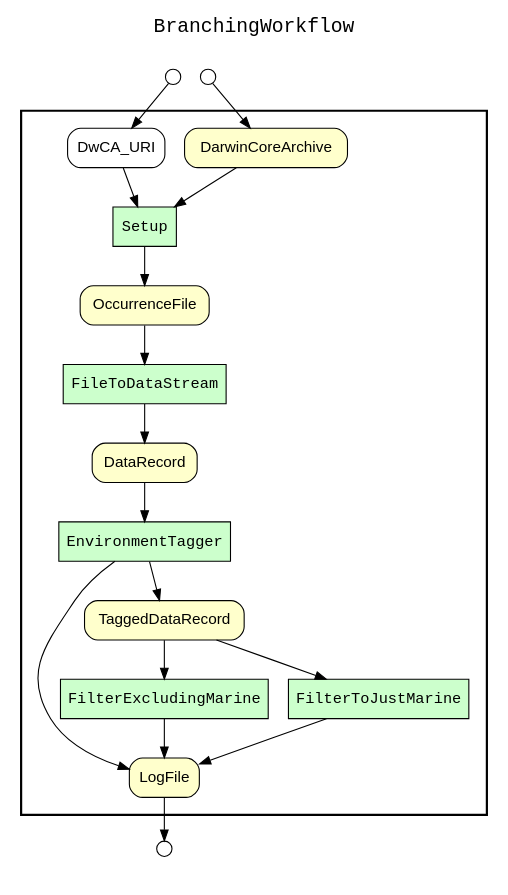
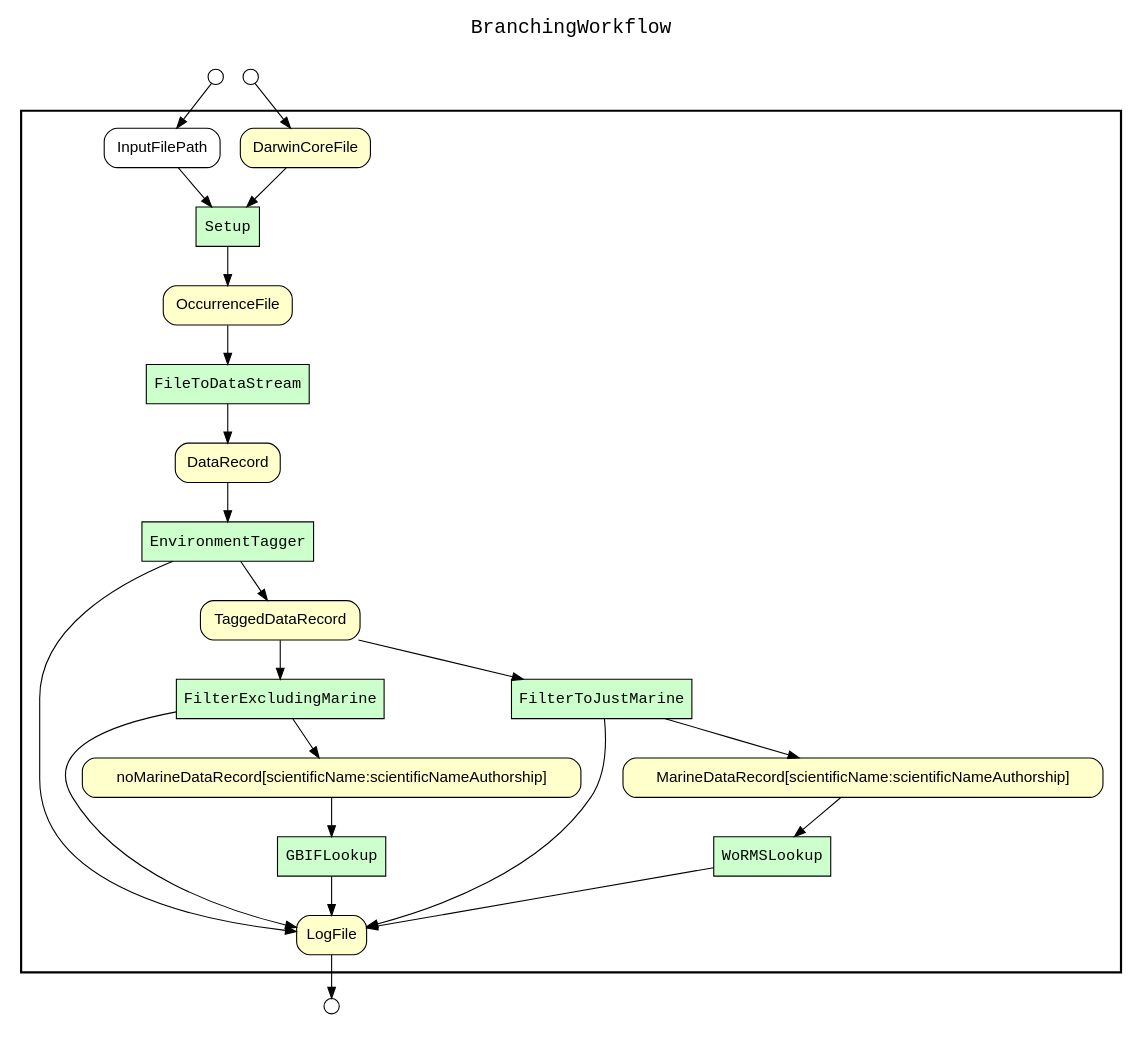
Before and after one commit to kurator-org/kurator-SPNHC17-YW: the diagram in workflows/results/wf_upstream_of_LogFile.gv, drawn with Graphviz. The commit also changed 48 other files, not shown here.

```diff
--- a/workflows/results/wf_upstream_of_LogFile.gv
+++ b/workflows/results/wf_upstream_of_LogFile.gv
@@ -1,50 +1,60 @@
 
 digraph yw_data_view {
 rankdir=TB
 fontname=Courier; fontsize=18; labelloc=t
 label="BranchingWorkflow"
 subgraph cluster_workflow { label=""; color=black; penwidth=2
 subgraph cluster_workflow_inner { label=""; color=white
 node[shape=box style="filled" fillcolor="#CCFFCC" peripheries=1 fontname=Courier]
 FileToDataStream
 Setup
+GBIFLookup
+WoRMSLookup
 FilterExcludingMarine
 FilterToJustMarine
 EnvironmentTagger
 node[shape=box style="filled" fillcolor="#CCFFCC" peripheries=1 fontname=Courier]
 node[shape=box style="rounded,filled" fillcolor="#FFFFCC" peripheries=1 fontname=Helvetica]
-DarwinCoreArchive
+DarwinCoreFile
 OccurrenceFile
 DataRecord
 LogFile
 TaggedDataRecord
+<MarineDataRecord[scientificName:scientificNameAuthorship]>
+<noMarineDataRecord[scientificName:scientificNameAuthorship]>
 node[shape=box style="rounded,filled" fillcolor="#FFFFFF" peripheries=1 fontname=Helvetica]
-DwCA_URI
+InputFilePath
 }}
 subgraph cluster_inflows { label=""; color=white; penwidth=2
 subgraph cluster_inflows_inner { label=""; color=white
 node[shape=circle fillcolor="#FFFFFF" peripheries=1 width=0.2]
-DarwinCoreArchive_inflow [label=""]
-DwCA_URI_inflow [label=""]
+DarwinCoreFile_inflow [label=""]
+InputFilePath_inflow [label=""]
 }}
 subgraph cluster_outflows { label=""; color=white; penwidth=2
 subgraph cluster_outflows_inner { label=""; color=white
 node[shape=circle fillcolor="#FFFFFF" peripheries=1 width=0.2]
 LogFile_outflow [label=""]
 }}
+<noMarineDataRecord[scientificName:scientificNameAuthorship]> -> GBIFLookup
+<MarineDataRecord[scientificName:scientificNameAuthorship]> -> WoRMSLookup
 TaggedDataRecord -> FilterExcludingMarine
 TaggedDataRecord -> FilterToJustMarine
 DataRecord -> EnvironmentTagger
 OccurrenceFile -> FileToDataStream
-DarwinCoreArchive -> Setup
-DwCA_URI -> Setup
+DarwinCoreFile -> Setup
+InputFilePath -> Setup
 Setup -> OccurrenceFile
 FileToDataStream -> DataRecord
 EnvironmentTagger -> LogFile
 EnvironmentTagger -> TaggedDataRecord
 FilterToJustMarine -> LogFile
+FilterToJustMarine -> <MarineDataRecord[scientificName:scientificNameAuthorship]>
 FilterExcludingMarine -> LogFile
-DarwinCoreArchive_inflow -> DarwinCoreArchive
-DwCA_URI_inflow -> DwCA_URI
+FilterExcludingMarine -> <noMarineDataRecord[scientificName:scientificNameAuthorship]>
+WoRMSLookup -> LogFile
+GBIFLookup -> LogFile
+DarwinCoreFile_inflow -> DarwinCoreFile
+InputFilePath_inflow -> InputFilePath
 LogFile -> LogFile_outflow
 }
```
